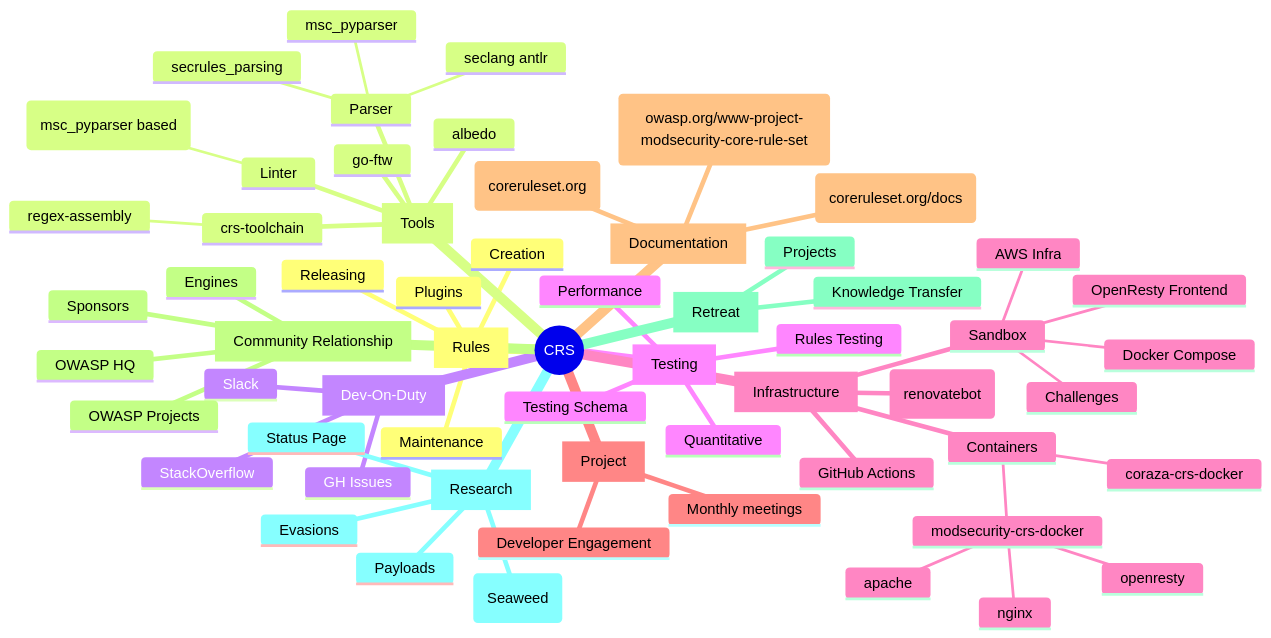
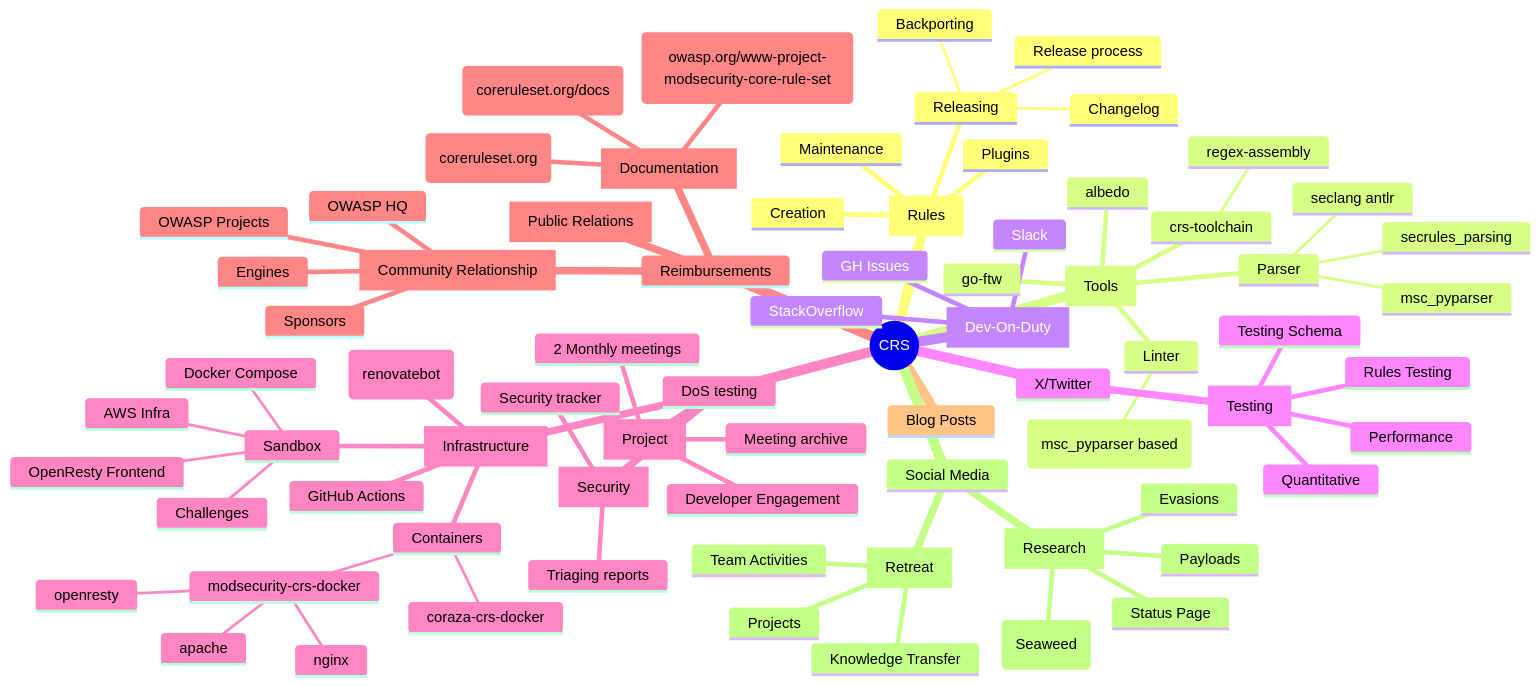
Before and after one commit to fzipi/testme: the diagram in README.md, drawn with Mermaid.

Commit message:
docs: update with dune73 comments

````diff
--- a/README.md
+++ b/README.md
@@ -3,63 +3,77 @@
 ```mermaid
 mindmap
   root((CRS))
     id[Rules]
       Creation
       Maintenance
       Releasing
+        Changelog
+        Release process
+        Backporting
       Plugins
     id[Tools]
       crs-toolchain
         regex-assembly
       go-ftw
       albedo
       Parser
         secrules_parsing
         seclang antlr
         msc_pyparser
       Linter
         rules-check (msc_pyparser based)
     id[Dev-On-Duty]
       Slack
       GH Issues
       StackOverflow
+	  X/Twitter
     id[Testing]
       Rules Testing
       Testing Schema
       Quantitative
       Performance
+	  DoS testing
     id[Infrastructure]
       Updates (renovatebot)
       GitHub Actions
       Containers
         modsecurity-crs-docker
           apache
           nginx
           openresty
         coraza-crs-docker
       Sandbox
         AWS Infra
         OpenResty Frontend
         Challenges
         Docker Compose
+    id[Security]
+      Security tracker
+      Triaging reports
     id[Project]
-      Monthly meetings
+      2 Monthly meetings
       Developer Engagement
+      Meeting archive
+	  Reimbursements
     id[Documentation]
       Website Blogs (coreruleset.org)
       Documentation (coreruleset.org/docs)
       OWASP Website (owasp.org/www-project-modsecurity-core-rule-set)
     id[Community Relationship]
       Sponsors
       Engines
       OWASP Projects
       OWASP HQ
+    id[Public Relations]
+	  Blog Posts
+	  Social Media
     id[Retreat]
       Projects
       Knowledge Transfer
+      Team Activities
     id[Research]
       CVEs (Seaweed)
       Status Page
       Payloads
       Evasions
 ```
````
